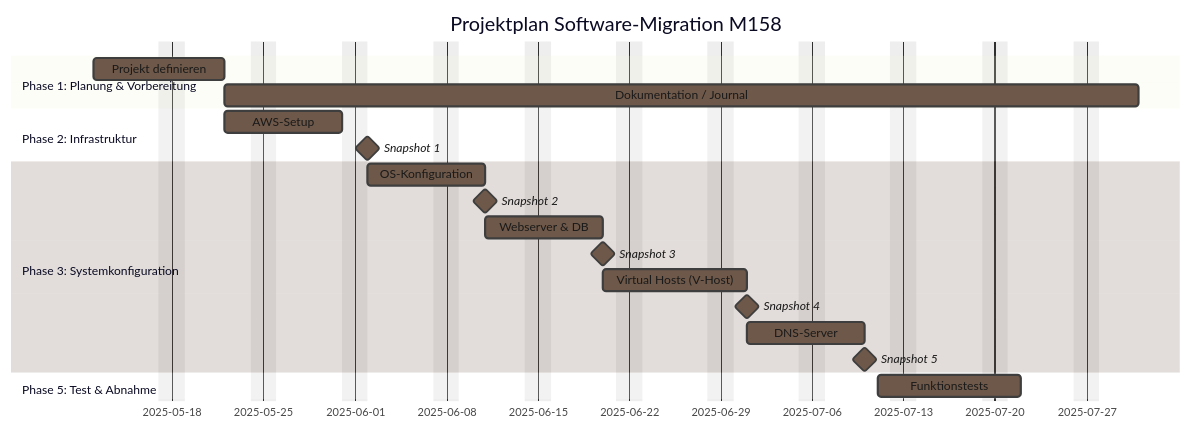
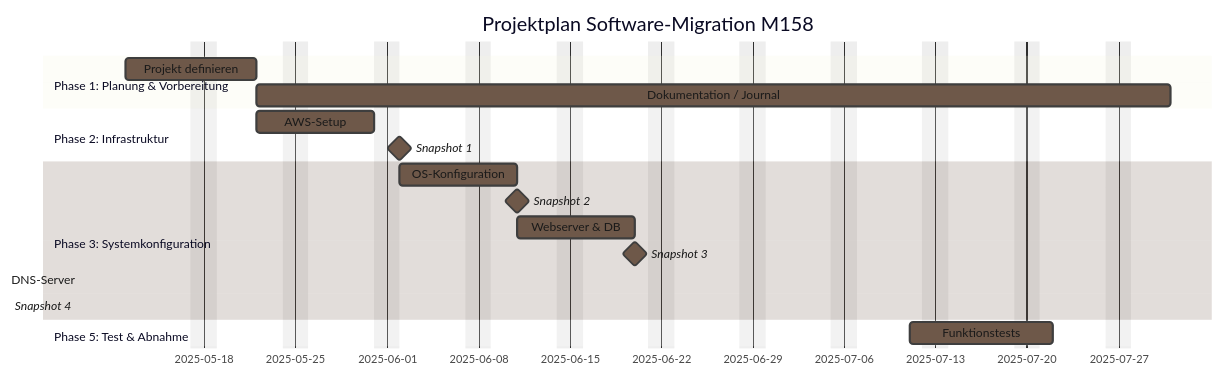
Before and after one commit to ginsonsitocoolboy/M158: the diagram in 01 - Dokumentation/README.md, drawn with Mermaid. The commit also changed other lines of this file, not shown here.

````diff
--- a/01 - Dokumentation/README.md
+++ b/01 - Dokumentation/README.md
@@ -14,51 +9,49 @@
 ```mermaid
 %%{
   init: {
     'theme': 'base',
     'themeVariables': {
       'primaryColor': '#6e5849',
       'primaryTextColor': '#ffffff',
       'primaryBorderColor': '#3e3e3e',
       'lineColor': '#556b2f',
       'secondaryColor': '#d2b48c',
       'tertiaryColor': '#f5f5dc',
       'fontSize': '16px',
       'textColor': '#1a1a1a',
       'mainBkg': '#fdfdfd',
       'nodeBorder': '#8b7355',
       'clusterBkg': '#fffaf0',
       'clusterBorder': '#a9a9a9',
       'defaultLinkColor': '#708090'
     }
   }
 }%%
 
 
 
  
 gantt
   dateFormat  DD-MM-YYYY
   title       Projektplan Software-Migration M158
   excludes    weekends
 
   section Phase 1: Planung & Vorbereitung
   Projekt definieren              :a1, 12-05-2025, 8d
   Dokumentation / Journal         :after a1, 50d
 
   section Phase 2: Infrastruktur
   AWS-Setup                       :b1, after a1, 7d
   Snapshot 1                      : milestone, after b1, 0d
 
   section Phase 3: Systemkonfiguration
   OS-Konfiguration                :c1, after b1, 7d
   Snapshot 2                      : milestone, after c1, 0d
   Webserver & DB                  :c2, after c1, 7d
-  Snapshot 3                      : milestone, after c2, 0d
-  Virtual Hosts (V-Host)          :c3, after c2, 7d
-  Snapshot 4                      : milestone, after c3, 0d
+  Snapshot 3                      : milestone, after c2,
   DNS-Server                      :c4, after c3, 7d
-  Snapshot 5                      : milestone, after c4, 0d
+  Snapshot 4                     : milestone, after c4, 0d
 
   section Phase 5: Test & Abnahme
   Funktionstests                 :e1, after d3, 7d
 ```
````
